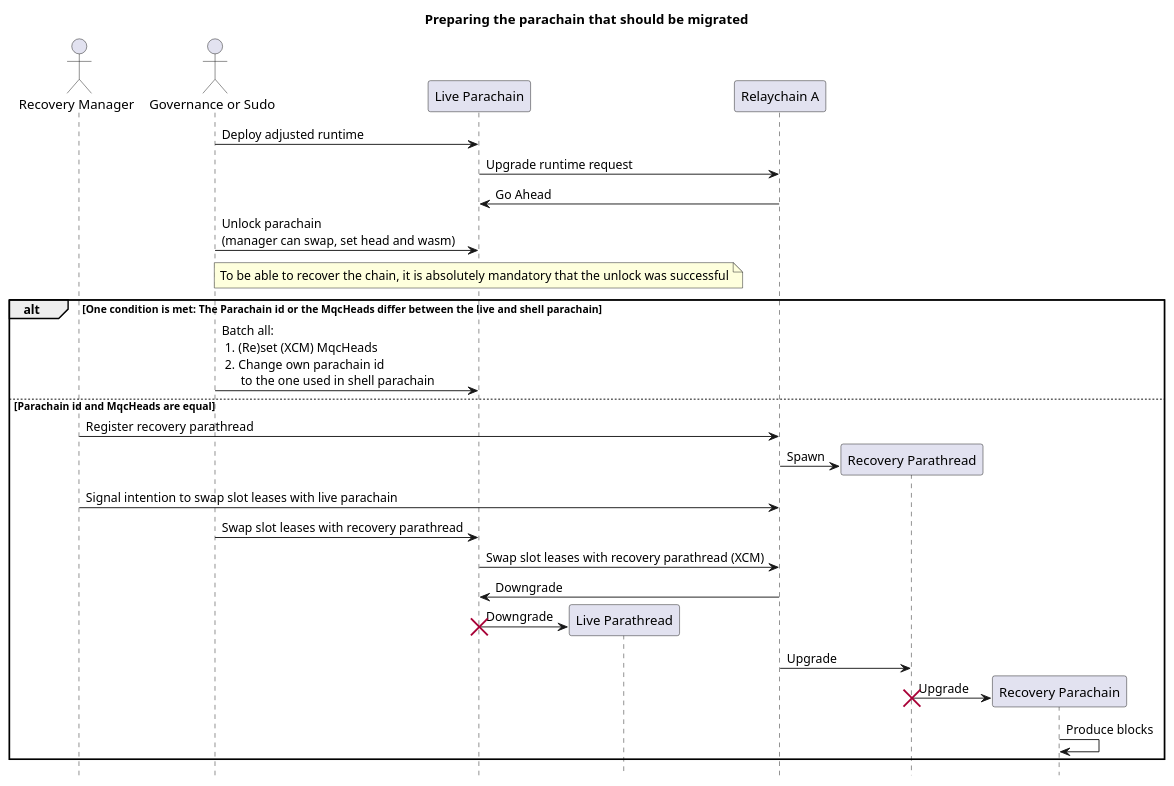
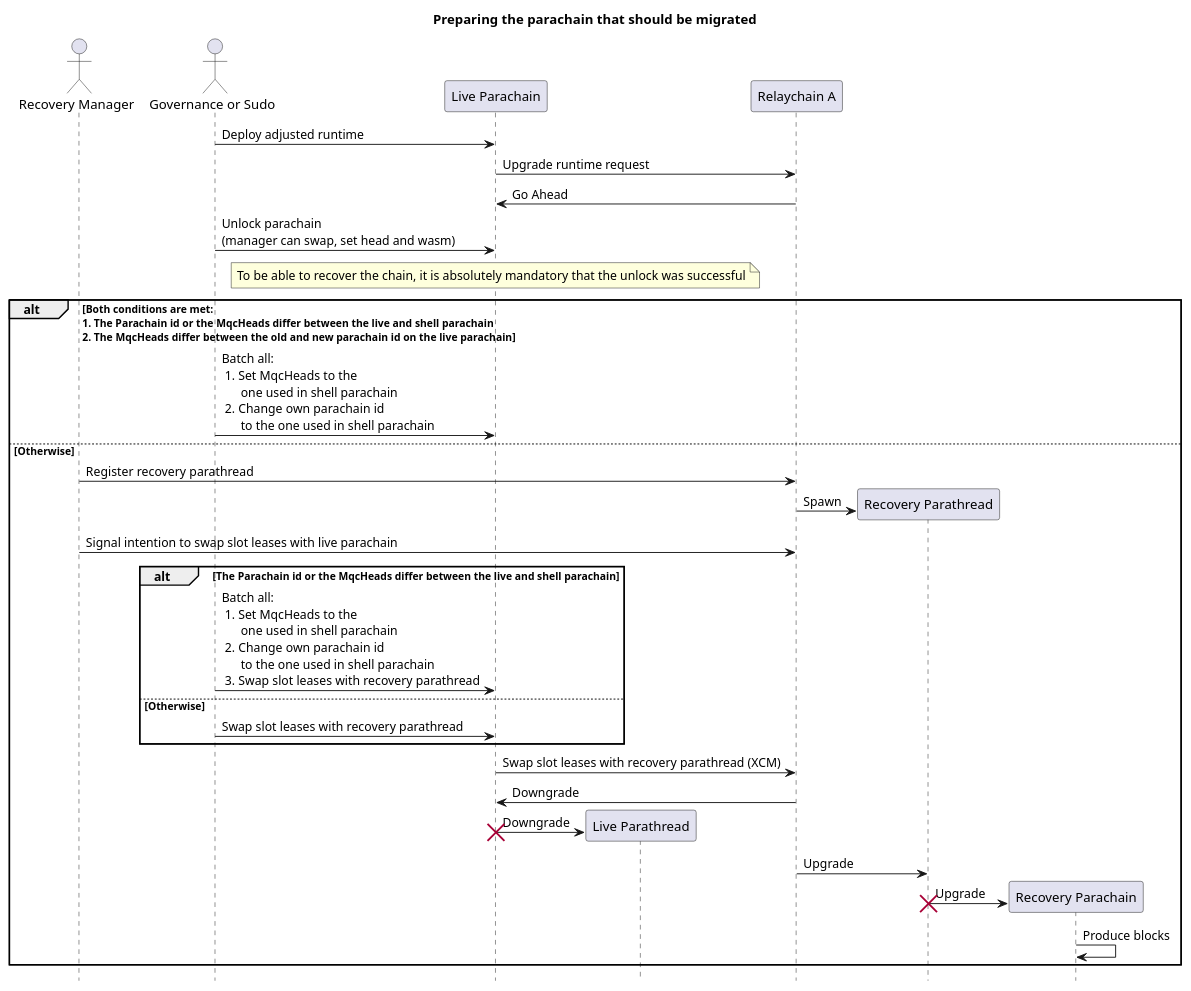
Before and after one commit to zeitgeistpm/migration-guide: the diagram in img/source/prepare_migration_on_live_parachain.puml, drawn with PlantUML. The commit also changed 2 other files, not shown here.

Commit message:
Explain chain halt condition (#13)
* Update guide and image+source

* Reflect changes in tech chapter

```diff
--- a/img/source/prepare_migration_on_live_parachain.puml
+++ b/img/source/prepare_migration_on_live_parachain.puml
@@ -1,39 +1,45 @@
 @startuml
 
 title Preparing the parachain that should be migrated
 hide footbox
 
 Actor "Recovery Manager" as MANAGER
 Actor "Governance or Sudo" as ADMIN
 Participant "Live Parachain" as PARA
 Participant "Live Parathread" as PARAT
 Participant "Relaychain A" as RELAY
 Participant "Recovery Parathread" as PARAT_RECOVERY
 Participant "Recovery Parachain" as PARA_RECOVERY
 
 
 ADMIN -> PARA: Deploy adjusted runtime
 PARA -> RELAY: Upgrade runtime request
 RELAY -> PARA: Go Ahead
 ADMIN -> PARA: Unlock parachain\n(manager can swap, set head and wasm)
 
 note over PARA : To be able to recover the chain, it is absolutely mandatory that the unlock was successful
 
-alt One condition is met: The Parachain id or the MqcHeads differ between the live and shell parachain
-    ADMIN -> PARA: Batch all:\n 1. (Re)set (XCM) MqcHeads\n 2. Change own parachain id\n      to the one used in shell parachain
-else Parachain id and MqcHeads are equal
+alt Both conditions are met:\n1. The Parachain id or the MqcHeads differ between the live and shell parachain\n2. The MqcHeads differ between the old and new parachain id on the live parachain
+    ADMIN -> PARA: Batch all:\n 1. Set MqcHeads to the\n      one used in shell parachain\n 2. Change own parachain id\n      to the one used in shell parachain
+else Otherwise
     MANAGER -> RELAY: Register recovery parathread
     RELAY -> PARAT_RECOVERY **: Spawn
     MANAGER -> RELAY: Signal intention to swap slot leases with live parachain
-    ADMIN -> PARA: Swap slot leases with recovery parathread
+
+    alt The Parachain id or the MqcHeads differ between the live and shell parachain
+        ADMIN -> PARA: Batch all:\n 1. Set MqcHeads to the\n      one used in shell parachain\n 2. Change own parachain id\n      to the one used in shell parachain\n 3. Swap slot leases with recovery parathread
+    else Otherwise
+        ADMIN -> PARA: Swap slot leases with recovery parathread
+    end
+
     PARA -> RELAY: Swap slot leases with recovery parathread (XCM)
     RELAY -> PARA: Downgrade
     PARA -> PARAT **: Downgrade
     destroy PARA
     RELAY -> PARAT_RECOVERY: Upgrade
     PARAT_RECOVERY -> PARA_RECOVERY ** : Upgrade
     destroy PARAT_RECOVERY
     PARA_RECOVERY -> PARA_RECOVERY: Produce blocks
 end
 
 @enduml
```
